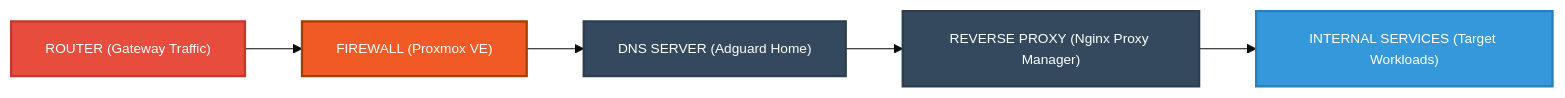
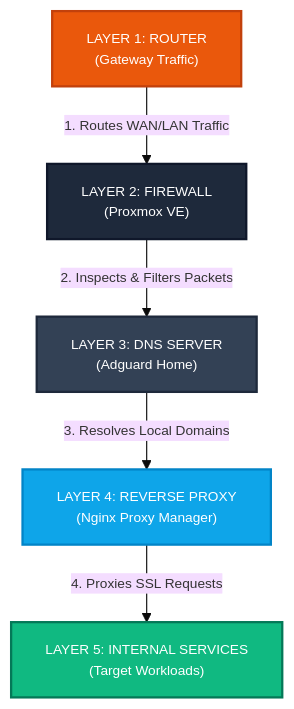
One commit to InfraRaven99/Homelab-Infrastructure changed the second of 2 diagrams in README.md. Above: the diagram before and after it, drawn with Mermaid.

Commit message:
Update traffic routing diagram in README

````diff
--- a/README.md
+++ b/README.md
@@ -67,19 +67,20 @@
 ```mermaid
 %%{init: { 'theme': 'base', 'themeVariables': { 'fontSize': '12px', 'fontFamily': 'sans-serif' }}}%%
-graph LR
-    classDef router fill:#e74c3c,stroke:#c0392b,stroke-width:2px,color:#fff;
-    classDef pve fill:#f15a24,stroke:#a04000,stroke-width:2px,color:#fff;
-    classDef net fill:#34495e,stroke:#2c3e50,stroke-width:2px,color:#fff;
-    classDef svc fill:#3498db,stroke:#2980b9,stroke-width:2px,color:#fff;
+graph TD
+    classDef L1 fill:#ea580c,stroke:#c2410c,stroke-width:2px,color:#fff;
+    classDef L2 fill:#1e293b,stroke:#0f172a,stroke-width:2px,color:#fff;
+    classDef L3 fill:#334155,stroke:#1e293b,stroke-width:2px,color:#fff;
+    classDef L4 fill:#0ea5e9,stroke:#0284c7,stroke-width:2px,color:#fff;
+    classDef L5 fill:#10b981,stroke:#047857,stroke-width:2px,color:#fff;
 
-    RTR["ROUTER (Gateway Traffic)"]:::router
-    FW["FIREWALL (Proxmox VE)"]:::pve
-    DNS["DNS SERVER (Adguard Home)"]:::net
-    RPX["REVERSE PROXY (Nginx Proxy Manager)"]:::net
-    SVC["INTERNAL SERVICES (Target Workloads)"]:::svc
+    RTR["LAYER 1: ROUTER<br>(Gateway Traffic)"]:::L1
+    FW["LAYER 2: FIREWALL<br>(Proxmox VE)"]:::L2
+    DNS["LAYER 3: DNS SERVER<br>(Adguard Home)"]:::L3
+    RPX["LAYER 4: REVERSE PROXY<br>(Nginx Proxy Manager)"]:::L4
+    SVC["LAYER 5: INTERNAL SERVICES<br>(Target Workloads)"]:::L5
 
-    RTR --> FW
-    FW --> DNS
-    DNS --> RPX
-    RPX --> SVC
+    RTR -->|"1. Routes WAN/LAN Traffic"| FW
+    FW -->|"2. Inspects & Filters Packets"| DNS
+    DNS -->|"3. Resolves Local Domains"| RPX
+    RPX -->|"4. Proxies SSL Requests"| SVC
 ```
````
